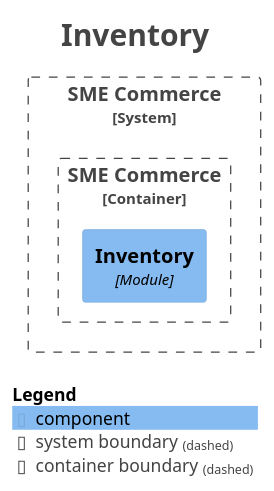
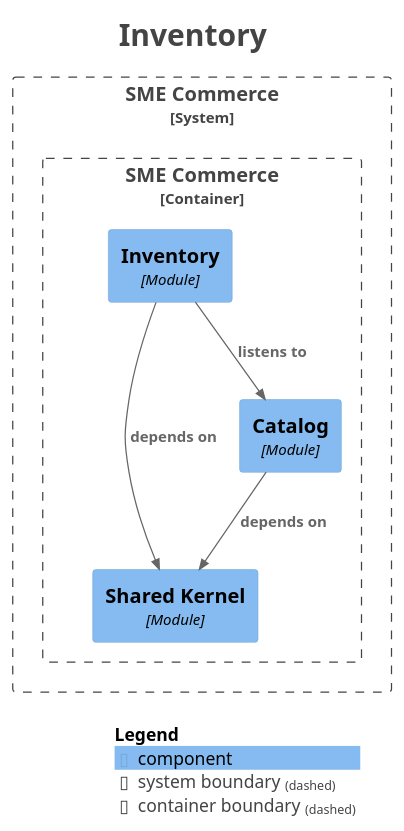
The diagram in docs/modules/module-inventory.puml (hezronokwach/sme-commerce-platform), drawn with PlantUML before and after one commit. The commit also changed 17 other files, not shown here.

```diff
--- a/docs/modules/module-inventory.puml
+++ b/docs/modules/module-inventory.puml
@@ -1,27 +1,33 @@
 @startuml
 title <size:24>Inventory</size>
 
 set separator none
 top to bottom direction
 
 <style>
   root {
     BackgroundColor: #ffffff
     FontColor: #444444
   }
 </style>
 
 !include <C4/C4>
 !include <C4/C4_Context>
 !include <C4/C4_Component>
 
 System_Boundary("SMECommerce_boundary", "SME Commerce", $tags="") {
   Container_Boundary("SMECommerce.SMECommerce_boundary", "SME Commerce", $tags="") {
     Component(SMECommerce.SMECommerce.Inventory, "Inventory", $techn="Module", $descr="", $tags="", $link="")
+    Component(SMECommerce.SMECommerce.SharedKernel, "Shared Kernel", $techn="Module", $descr="", $tags="", $link="")
+    Component(SMECommerce.SMECommerce.Catalog, "Catalog", $techn="Module", $descr="", $tags="", $link="")
   }
 
 }
 
+Rel(SMECommerce.SMECommerce.Catalog, SMECommerce.SMECommerce.SharedKernel, "depends on", $techn="", $tags="", $link="")
+Rel(SMECommerce.SMECommerce.Inventory, SMECommerce.SMECommerce.Catalog, "listens to", $techn="", $tags="", $link="")
+Rel(SMECommerce.SMECommerce.Inventory, SMECommerce.SMECommerce.SharedKernel, "depends on", $techn="", $tags="", $link="")
+
 SHOW_LEGEND(true)
 hide stereotypes
 @enduml
```
